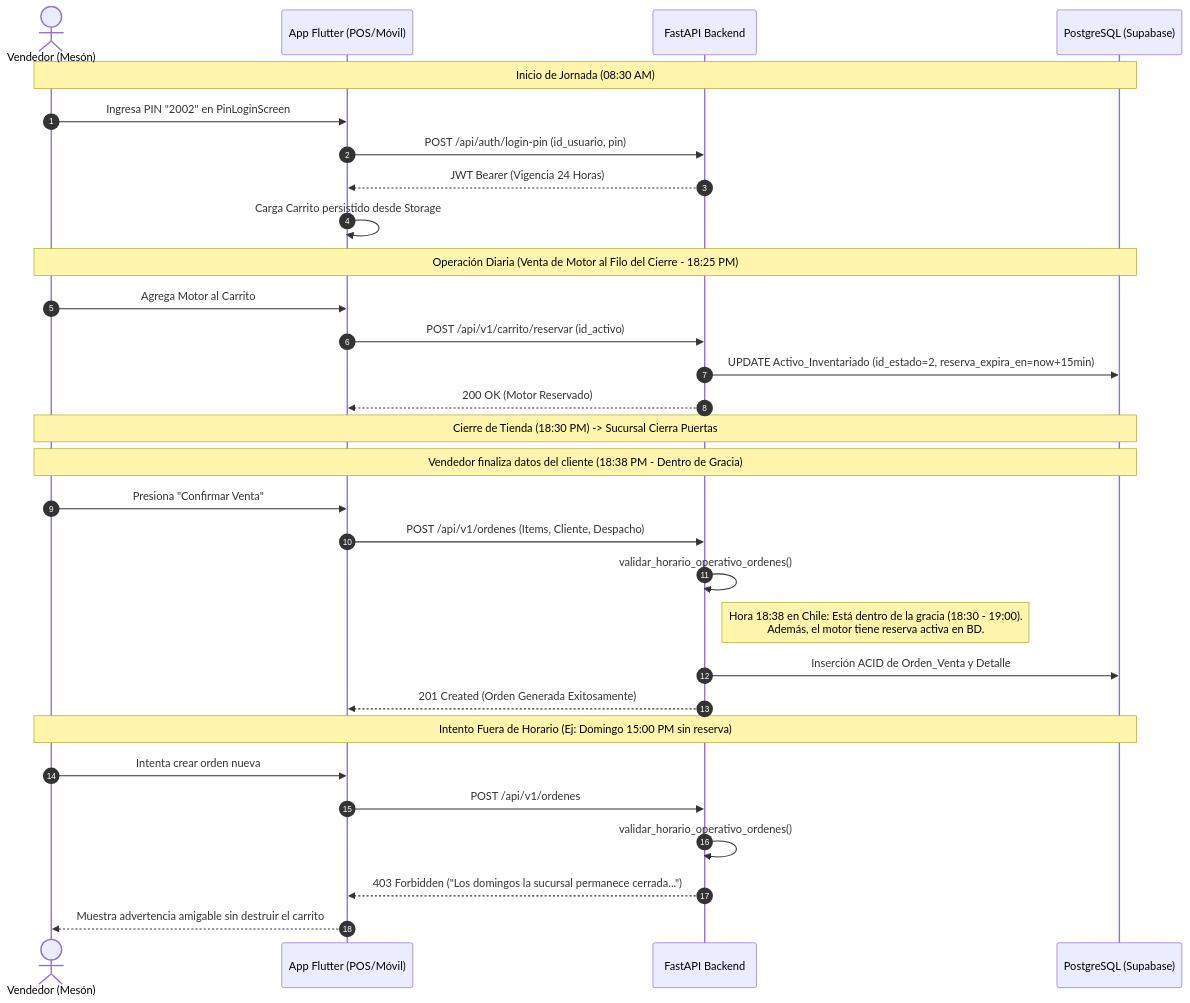
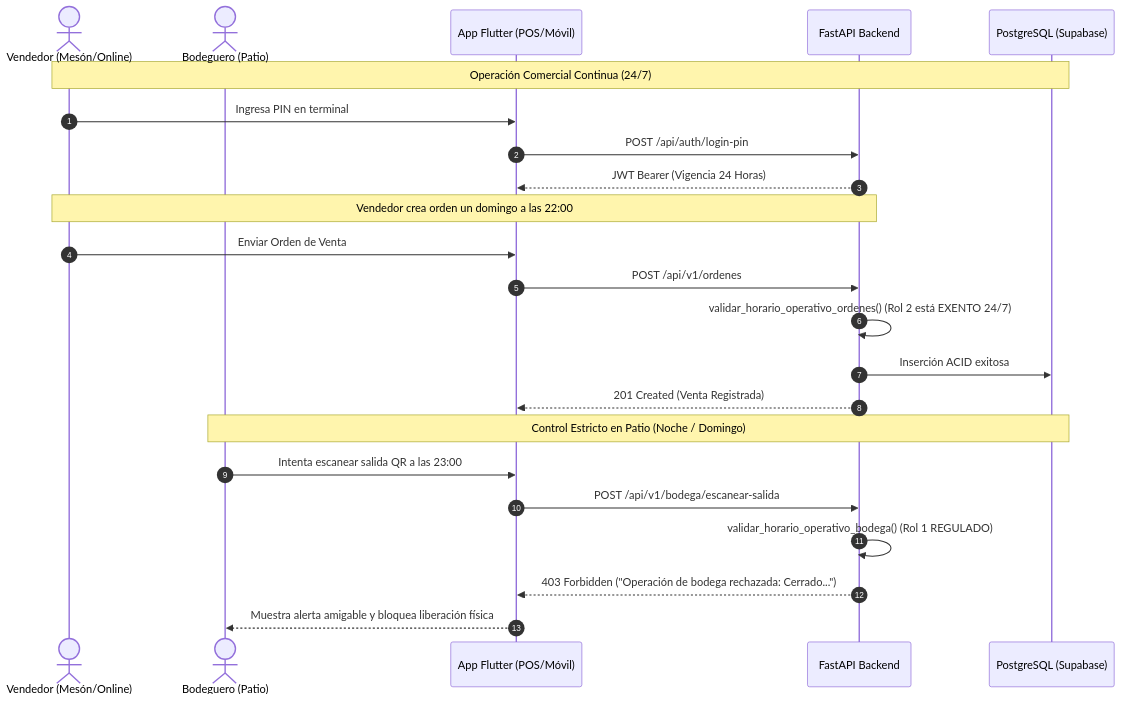
One commit to HyperShanks/Proyecto-Cresal-Colaborativo changed the second of 2 diagrams in ARQUITECTURA_JWT_JORNADAS_Y_SESION.md. Above: the diagram before and after it, drawn with Mermaid. The commit also changed other lines of this file and 5 other files, not shown here.

First line of the commit message:
feat(auth): blindaje de politicas operativas JWT y control de inactividad

````diff
--- a/ARQUITECTURA_JWT_JORNADAS_Y_SESION.md
+++ b/ARQUITECTURA_JWT_JORNADAS_Y_SESION.md
@@ -117,36 +153,27 @@
 ```mermaid
 sequenceDiagram
     autonumber
-    actor Vendedor as Vendedor (Mesón)
+    actor Vendedor as Vendedor (Mesón/Online)
+    actor Bodeguero as Bodeguero (Patio)
     participant App as App Flutter (POS/Móvil)
     participant API as FastAPI Backend
     participant DB as PostgreSQL (Supabase)
 
-    Note over Vendedor,DB: Inicio de Jornada (08:30 AM)
-    Vendedor->>App: Ingresa PIN "2002" en PinLoginScreen
-    App->>API: POST /api/auth/login-pin (id_usuario, pin)
+    Note over Vendedor,DB: Operación Comercial Continua (24/7)
+    Vendedor->>App: Ingresa PIN en terminal
+    App->>API: POST /api/auth/login-pin
     API-->>App: JWT Bearer (Vigencia 24 Horas)
-    App->>App: Carga Carrito persistido desde Storage
+    Note over Vendedor,API: Vendedor crea orden un domingo a las 22:00
+    Vendedor->>App: Enviar Orden de Venta
+    App->>API: POST /api/v1/ordenes
+    API->>API: validar_horario_operativo_ordenes() (Rol 2 está EXENTO 24/7)
+    API->>DB: Inserción ACID exitosa
+    API-->>App: 201 Created (Venta Registrada)
 
-    Note over Vendedor,DB: Operación Diaria (Venta de Motor al Filo del Cierre - 18:25 PM)
-    Vendedor->>App: Agrega Motor al Carrito
-    App->>API: POST /api/v1/carrito/reservar (id_activo)
-    API->>DB: UPDATE Activo_Inventariado (id_estado=2, reserva_expira_en=now+15min)
-    API-->>App: 200 OK (Motor Reservado)
-
-    Note over Vendedor,DB: Cierre de Tienda (18:30 PM) -> Sucursal Cierra Puertas
-    Note over Vendedor,DB: Vendedor finaliza datos del cliente (18:38 PM - Dentro de Gracia)
-    Vendedor->>App: Presiona "Confirmar Venta"
-    App->>API: POST /api/v1/ordenes (Items, Cliente, Despacho)
-    API->>API: validar_horario_operativo_ordenes()
-    Note right of API: Hora 18:38 en Chile: Está dentro de la gracia (18:30 - 19:00).<br/>Además, el motor tiene reserva activa en BD.
-    API->>DB: Inserción ACID de Orden_Venta y Detalle
-    API-->>App: 201 Created (Orden Generada Exitosamente)
-
-    Note over Vendedor,DB: Intento Fuera de Horario (Ej: Domingo 15:00 PM sin reserva)
-    Vendedor->>App: Intenta crear orden nueva
-    App->>API: POST /api/v1/ordenes
-    API->>API: validar_horario_operativo_ordenes()
-    API-->>App: 403 Forbidden ("Los domingos la sucursal permanece cerrada...")
-    App-->>Vendedor: Muestra advertencia amigable sin destruir el carrito
+    Note over Bodeguero,DB: Control Estricto en Patio (Noche / Domingo)
+    Bodeguero->>App: Intenta escanear salida QR a las 23:00
+    App->>API: POST /api/v1/bodega/escanear-salida
+    API->>API: validar_horario_operativo_bodega() (Rol 1 REGULADO)
+    API-->>App: 403 Forbidden ("Operación de bodega rechazada: Cerrado...")
+    App-->>Bodeguero: Muestra alerta amigable y bloquea liberación física
 ```
````
